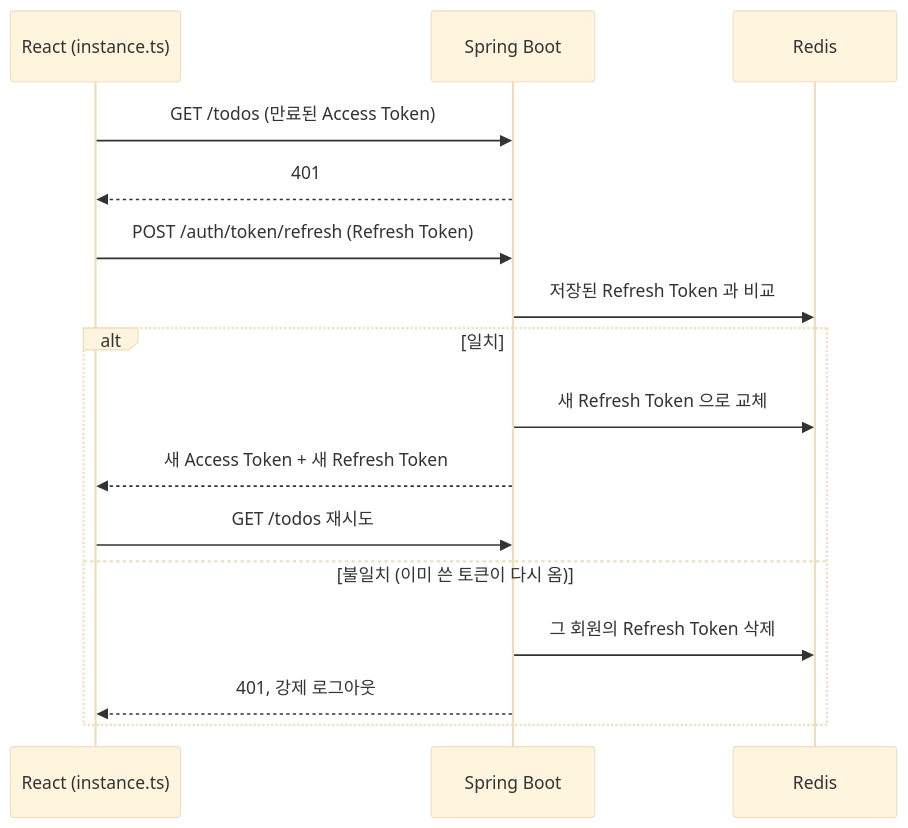
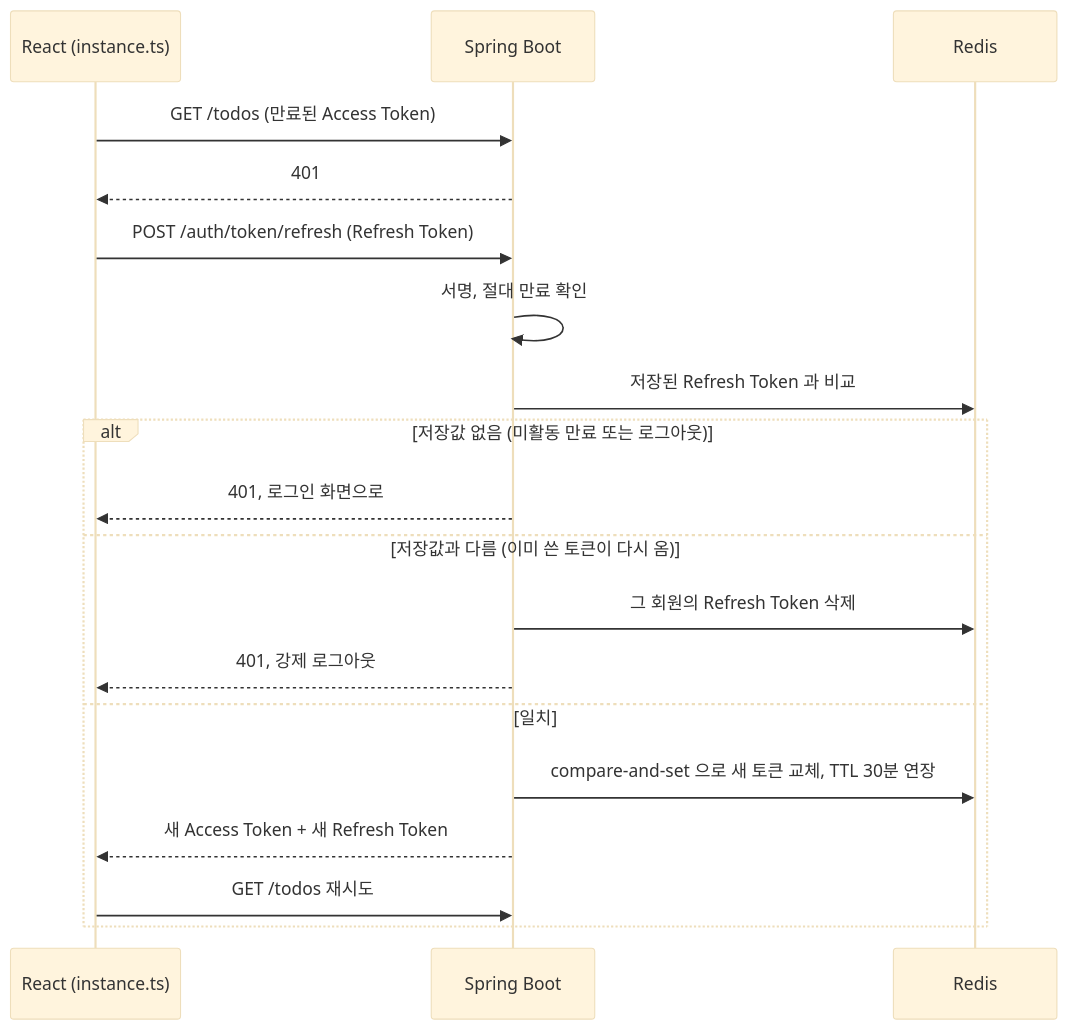
The fourth of 6 diagrams in docs/ARCHITECTURE.md (tychejin1218/spring-react-boilerplate), drawn with Mermaid (base theme) before and after one commit. The commit also changed other lines of this file and 7 other files, not shown here.

````diff
--- a/docs/ARCHITECTURE.md
+++ b/docs/ARCHITECTURE.md
@@ -133,18 +145,21 @@
 ```mermaid
 sequenceDiagram
   participant FE as React (instance.ts)
   participant API as Spring Boot
   participant R as Redis
   FE->>API: GET /todos (만료된 Access Token)
   API-->>FE: 401
   FE->>API: POST /auth/token/refresh (Refresh Token)
+  API->>API: 서명, 절대 만료 확인
   API->>R: 저장된 Refresh Token 과 비교
-  alt 일치
-    API->>R: 새 Refresh Token 으로 교체
+  alt 저장값 없음 (미활동 만료 또는 로그아웃)
+    API-->>FE: 401, 로그인 화면으로
+  else 저장값과 다름 (이미 쓴 토큰이 다시 옴)
+    API->>R: 그 회원의 Refresh Token 삭제
+    API-->>FE: 401, 강제 로그아웃
+  else 일치
+    API->>R: compare-and-set 으로 새 토큰 교체, TTL 30분 연장
     API-->>FE: 새 Access Token + 새 Refresh Token
     FE->>API: GET /todos 재시도
-  else 불일치 (이미 쓴 토큰이 다시 옴)
-    API->>R: 그 회원의 Refresh Token 삭제
-    API-->>FE: 401, 강제 로그아웃
   end
 ```
````
